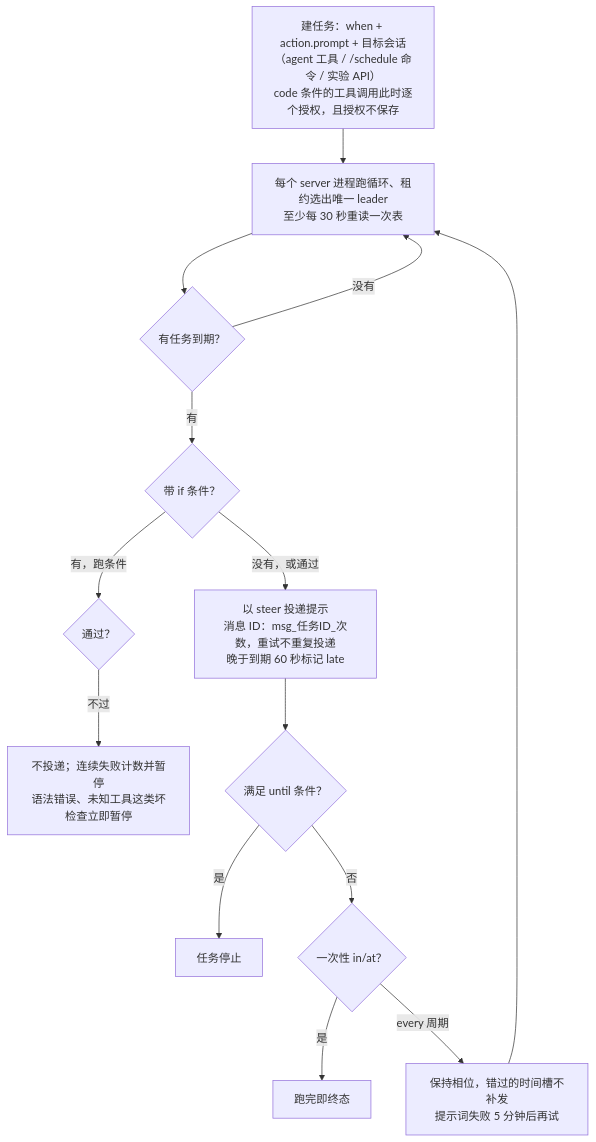
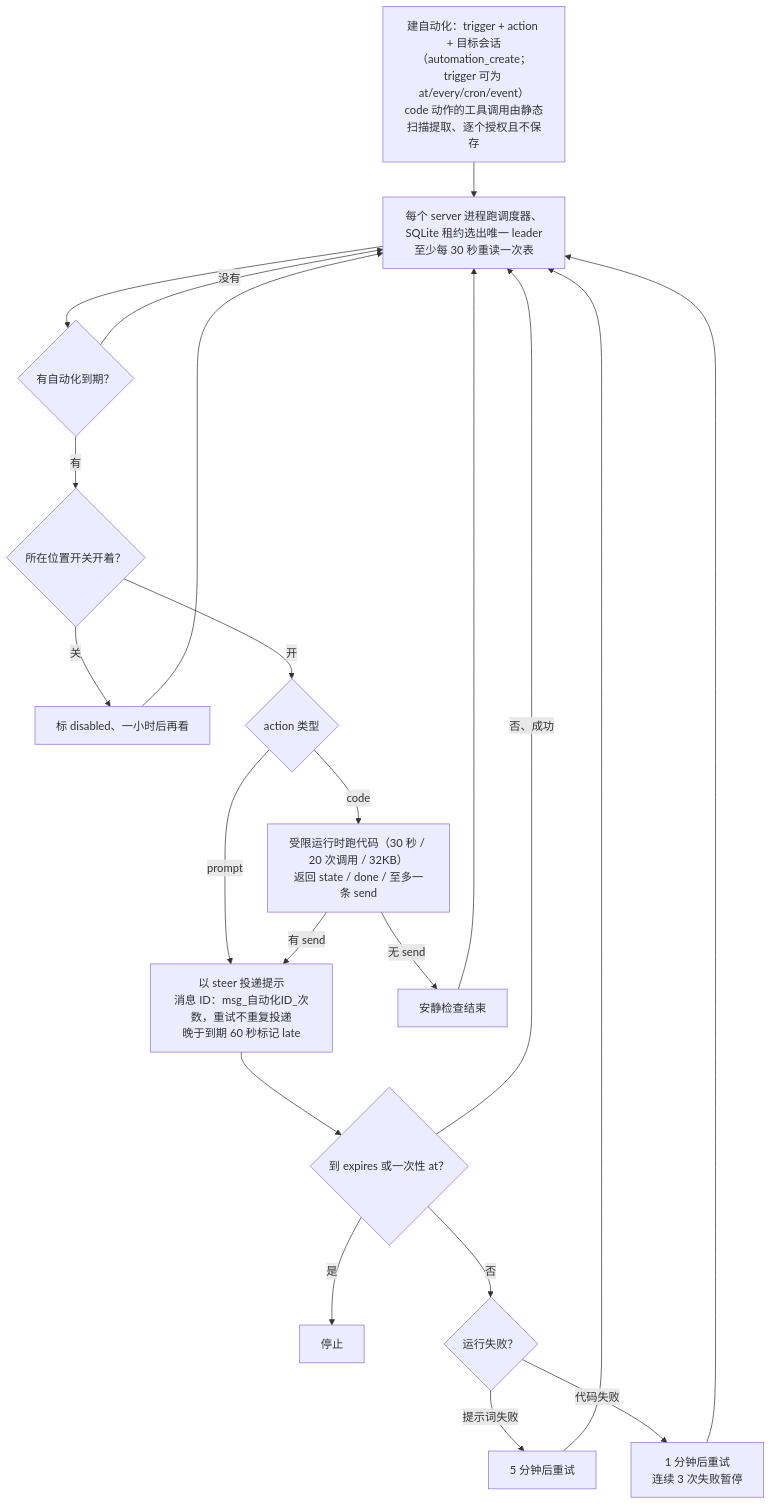
One commit to zachysun/awesome-agents-notes changed diagram 13 of 13 in notes/opencode.md. Above: the diagram before and after it, drawn with Mermaid. The commit also changed other lines of this file and 5 other files, not shown here.

````diff
--- a/notes/opencode.md
+++ b/notes/opencode.md
@@ -577,17 +587,24 @@
 ```mermaid
 flowchart TD
-    CREATE["建任务：when + action.prompt + 目标会话<br/>（agent 工具 / /schedule 命令 / 实验 API）<br/>code 条件的工具调用此时逐个授权，且授权不保存"]
-    CREATE --> LOOP["每个 server 进程跑循环、租约选出唯一 leader<br/>至少每 30 秒重读一次表"]
-    LOOP --> DUE{"有任务到期？"}
+    CREATE["建自动化：trigger + action + 目标会话<br/>（automation_create；trigger 可为 at/every/cron/event）<br/>code 动作的工具调用由静态扫描提取、逐个授权且不保存"]
+    CREATE --> LOOP["每个 server 进程跑调度器、SQLite 租约选出唯一 leader<br/>至少每 30 秒重读一次表"]
+    LOOP --> DUE{"有自动化到期？"}
     DUE -->|"没有"| LOOP
-    DUE -->|"有"| IF{"带 if 条件？"}
-    IF -->|"有，跑条件"| CHK{"通过？"}
-    CHK -->|"不过"| SKIP["不投递；连续失败计数并暂停<br/>语法错误、未知工具这类坏检查立即暂停"]
-    IF -->|"没有，或通过"| DELIV["以 steer 投递提示<br/>消息 ID：msg_任务ID_次数，重试不重复投递<br/>晚于到期 60 秒标记 late"]
-    DELIV --> UNTIL{"满足 until 条件？"}
-    UNTIL -->|"是"| STOP["任务停止"]
-    UNTIL -->|"否"| ONE{"一次性 in/at？"}
-    ONE -->|"是"| DONE["跑完即终态"]
-    ONE -->|"every 周期"| LOOP2["保持相位，错过的时间槽不补发<br/>提示词失败 5 分钟后再试"]
-    LOOP2 --> LOOP
+    DUE -->|"有"| FLAG{"所在位置开关开着？"}
+    FLAG -->|"关"| DIS["标 disabled、一小时后再看"]
+    DIS --> LOOP
+    FLAG -->|"开"| ACT{"action 类型"}
+    ACT -->|"prompt"| DELIV["以 steer 投递提示<br/>消息 ID：msg_自动化ID_次数，重试不重复投递<br/>晚于到期 60 秒标记 late"]
+    ACT -->|"code"| CODE["受限运行时跑代码（30 秒 / 20 次调用 / 32KB）<br/>返回 state / done / 至多一条 send"]
+    CODE -->|"有 send"| DELIV
+    CODE -->|"无 send"| QUIET["安静检查结束"]
+    DELIV --> EXP{"到 expires 或一次性 at？"}
+    EXP -->|"是"| STOP["停止"]
+    EXP -->|"否"| FAIL{"运行失败？"}
+    FAIL -->|"提示词失败"| R1["5 分钟后重试"]
+    FAIL -->|"代码失败"| R2["1 分钟后重试<br/>连续 3 次失败暂停"]
+    R1 --> LOOP
+    R2 --> LOOP
+    QUIET --> LOOP
+    EXP -->|"否、成功"| LOOP
 ```
````
